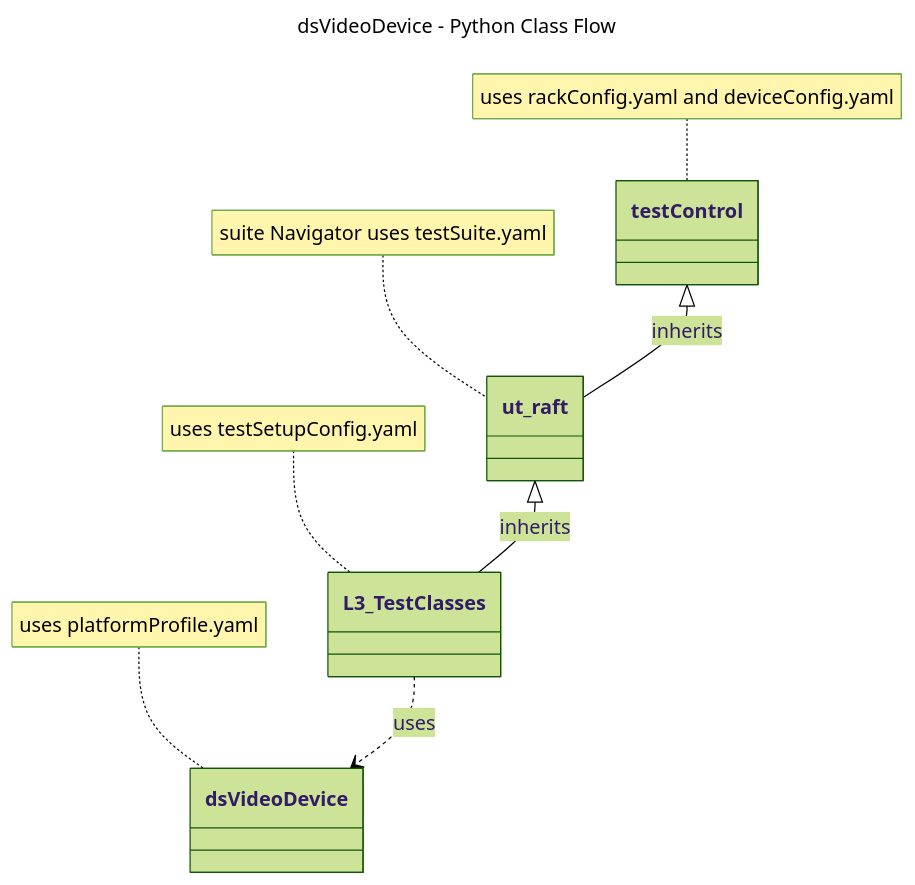
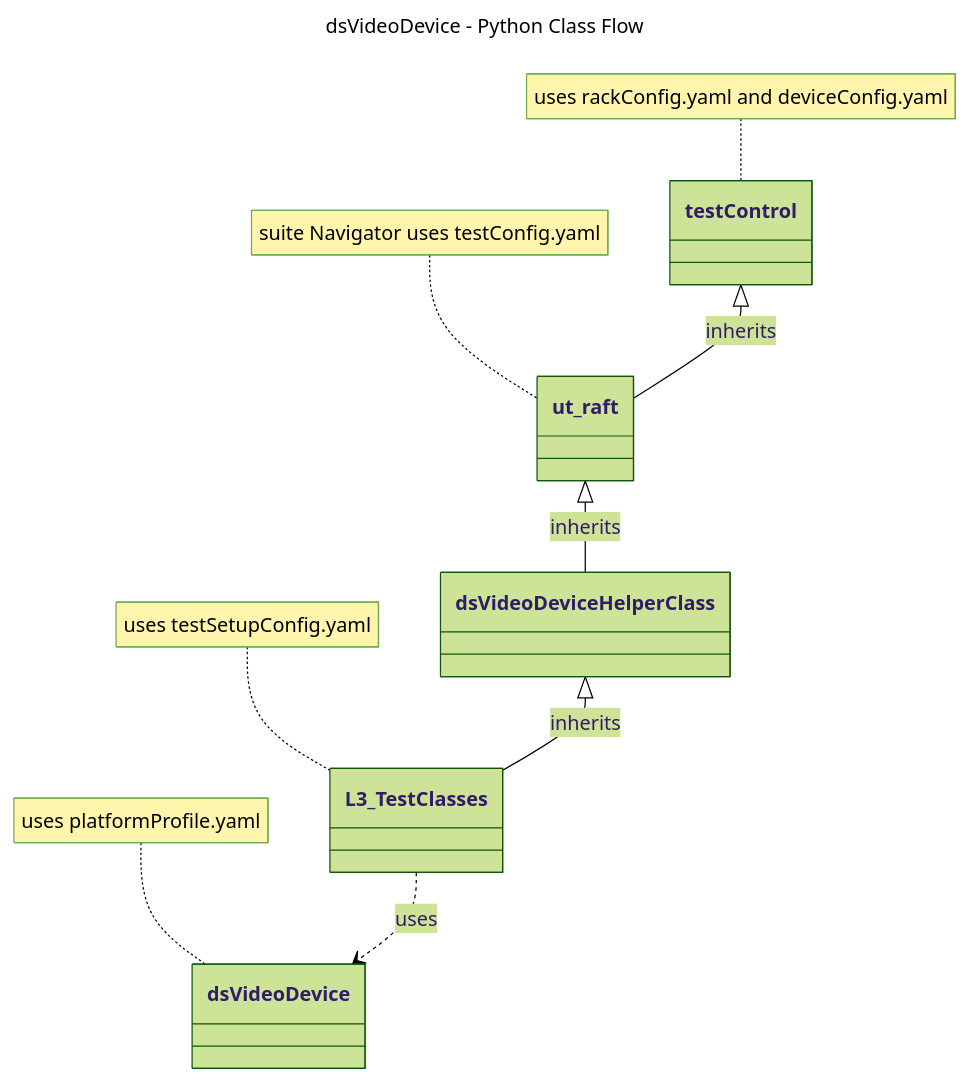
Before and after one commit to rdkcentral/rdk-halif-test-device_settings: the diagram in docs/pages/dsVideoDevice/ds-video-device_L3_Low-Level_TestSpecification.md, drawn with Mermaid (forest theme). The commit also changed other lines of this file and 6 other files, not shown here.

````diff
--- a/docs/pages/dsVideoDevice/ds-video-device_L3_Low-Level_TestSpecification.md
+++ b/docs/pages/dsVideoDevice/ds-video-device_L3_Low-Level_TestSpecification.md
@@ -66,15 +66,16 @@
 ```mermaid
 ---
 title: dsVideoDevice - Python Class Flow
 ---
 classDiagram
     testControl <|-- ut_raft : inherits
     class ut_raft{
     }
-    ut_raft <|-- L3_TestClasses : inherits
+    ut_raft <|-- dsVideoDeviceHelperClass : inherits
+    dsVideoDeviceHelperClass <|-- L3_TestClasses : inherits
     L3_TestClasses ..> dsVideoDevice : uses
     note for testControl "uses rackConfig.yaml and deviceConfig.yaml"
     note for dsVideoDevice "uses platformProfile.yaml"
     note for L3_TestClasses "uses testSetupConfig.yaml"
-    note for ut_raft "suite Navigator uses testSuite.yaml"
+    note for ut_raft "suite Navigator uses testConfig.yaml"
 ```
````
